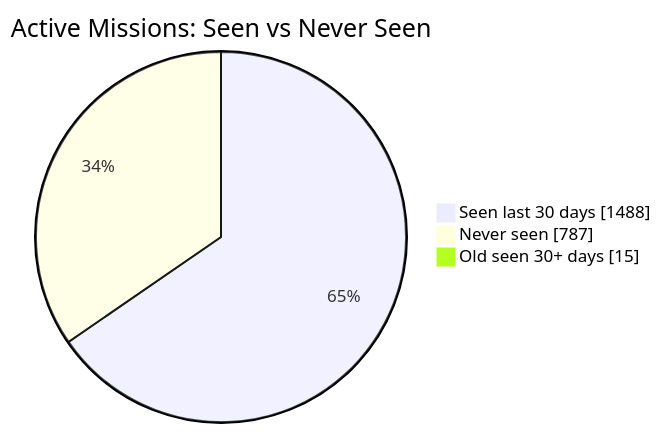
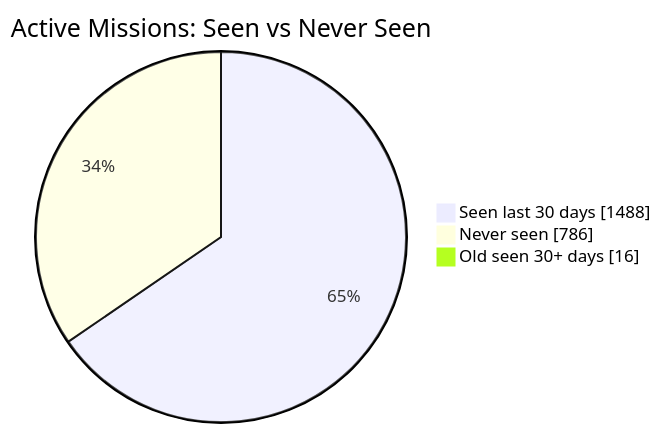
One commit to MeldkamerspelGameTeam/active-missions changed the first of 2 diagrams in README.md. Above: the diagram before and after it, drawn with Mermaid. The commit also changed other lines of this file and 4 other files, not shown here.

````diff
--- a/README.md
+++ b/README.md
@@ -34,7 +34,7 @@
 ```mermaid
 pie showData
     title Active Missions: Seen vs Never Seen
     "Seen last 30 days" : 1488
-    "Never seen" : 787
-    "Old seen 30+ days" : 15
+    "Never seen" : 786
+    "Old seen 30+ days" : 16
 ```
````
